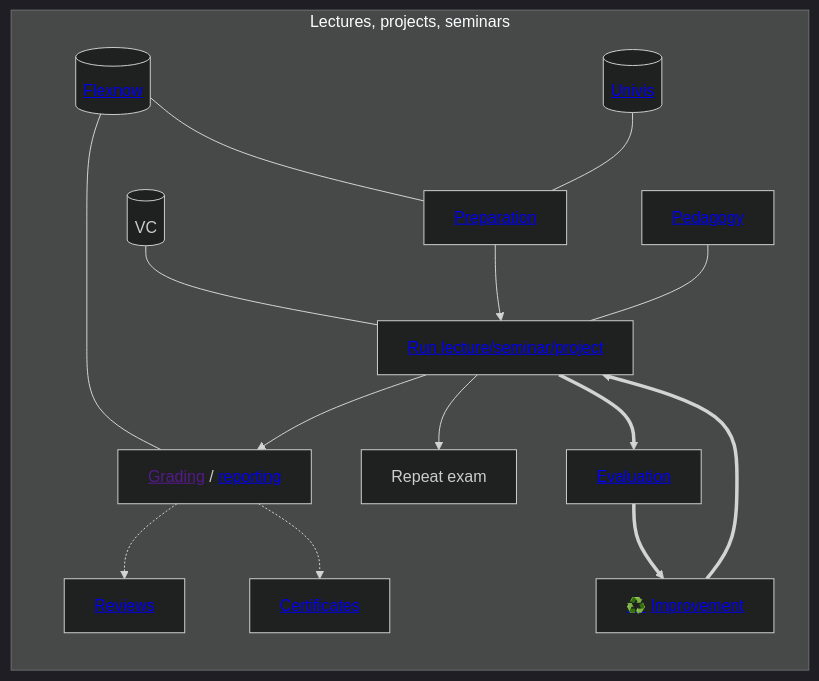
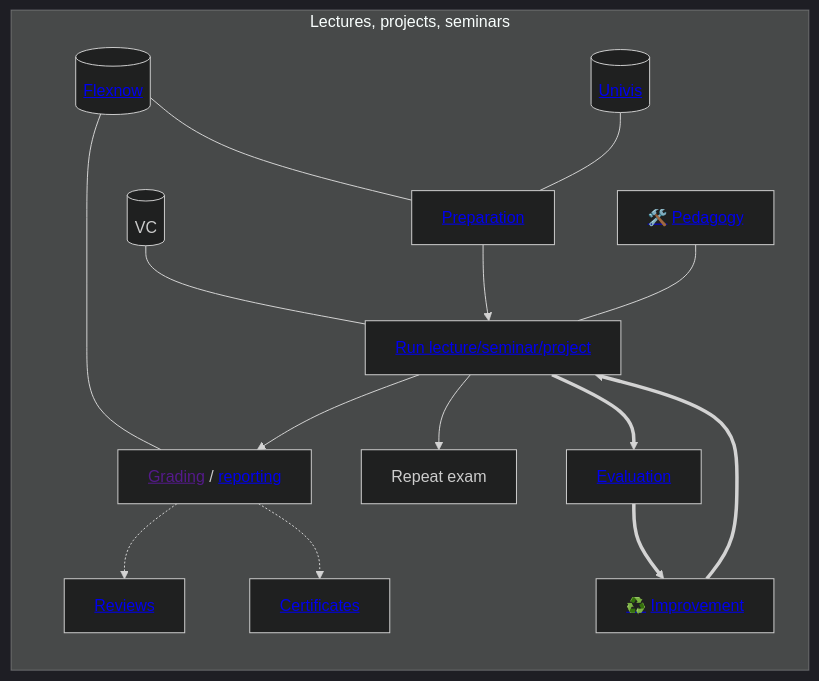
One commit to digital-work-lab/handbook changed the first of 2 diagrams in docs/30-teaching/index.md. Above: the diagram before and after it, drawn with Mermaid (dark theme).

````diff
--- a/docs/30-teaching/index.md
+++ b/docs/30-teaching/index.md
@@ -13,24 +13,24 @@
 ```mermaid
 flowchart TB
     subgraph main["Lectures, projects, seminars"]
         direction TB
 
         Flexnow[("<a href='30_processes/30.15.flexnow.html'>Flexnow</a>")]
         Flexnow --- Prepare
         Flexnow --- Grade
         Univis[("<a href='30_processes/30.16.univis.html'>Univis</a>")]
         Univis --- Prepare
         VC[(VC)] --- Run
 
         Prepare["<a href='30_processes/30.09.new_modules.html'>Preparation</a>"] --> Run["<a href='30_processes/30.02.courses.html#course-list'>Run lecture/seminar/project</a>"]
         Run --> Grade["<a href=''>Grading</a> / <a href='30_processes/30.20.reports.html'>reporting</a>"]
         Run --> Repeat[Repeat exam]
-        Pedagogy["<a href='30_processes/30.07.pedagogy.html'>Pedagogy</a>"] --- Run
+        Pedagogy["<a href='../10-lab/10_processes/10.01.goals.html'>🛠️</a> <a href='30_processes/30.07.pedagogy.html'>Pedagogy</a>"] --- Run
         Grade -.-> Reviews["<a href='30_processes/30.60.reviews.html'>Reviews</a>"]
         Grade -.-> Certificates["<a href='30_processes/30.51.certificates.html'>Certificates</a>"]
         Run ==> Evaluate["<a href='30_processes/30.21.evaluations.html'>Evaluation</a>"]
         Evaluate ==> Improve["<a href='../10-lab/10_processes/10.01.goals.html'>♻️</a> <a href='30_processes/30.22.improvements.html'>Improvement</a>"]
         Improve ==> Run
     end
 
 ```
````
